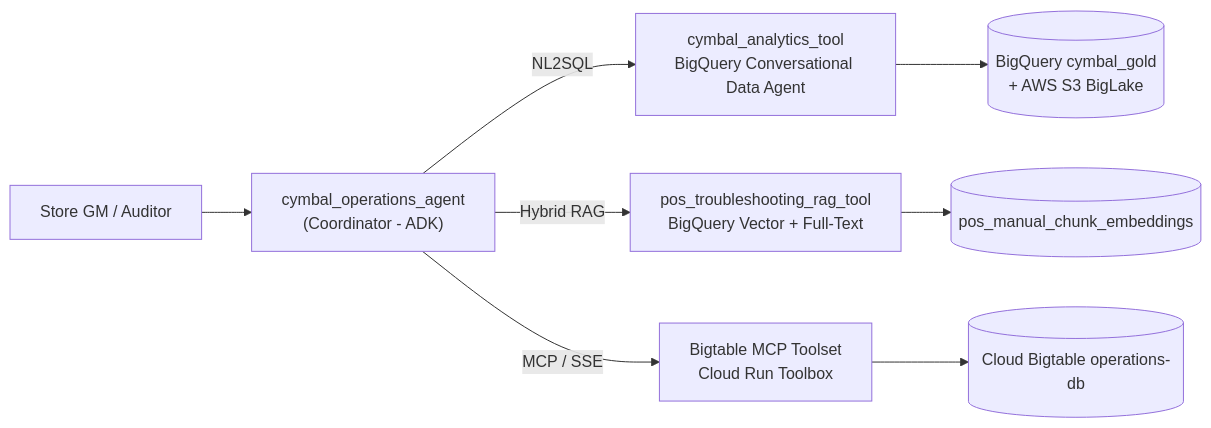
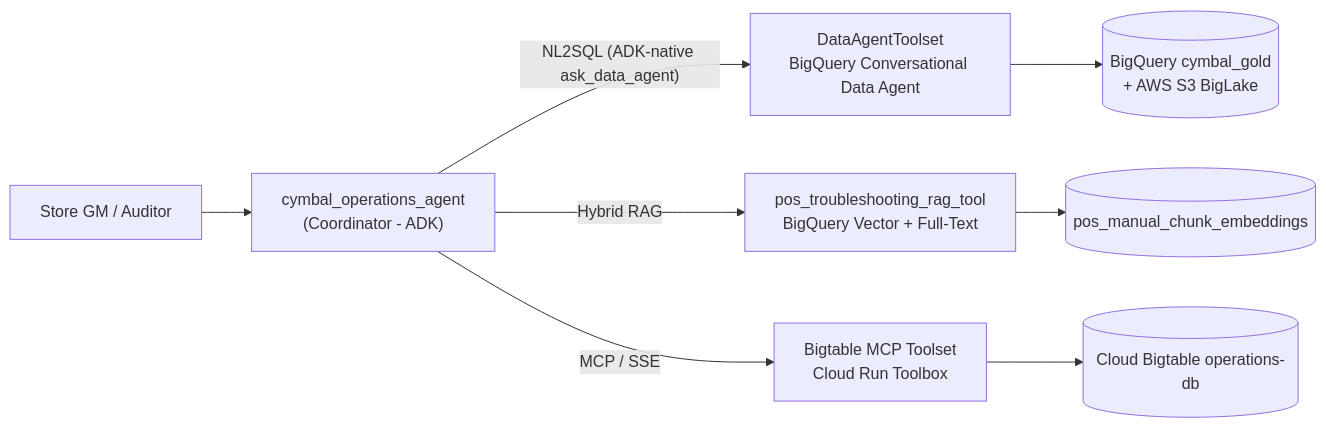
Before and after one commit to codeat/elevate-da-adv-day3-labs-agent: the diagram in README.md, drawn with Mermaid. The commit also changed other lines of this file and 17 other files, not shown here.

````diff
--- a/README.md
+++ b/README.md
@@ -7,10 +7,10 @@
 ```mermaid
 flowchart LR
     U["Store GM / Auditor"] --> C["cymbal_operations_agent<br/>(Coordinator - ADK)"]
-    C -->|NL2SQL| A["cymbal_analytics_tool<br/>BigQuery Conversational Data Agent"]
+    C -->|"NL2SQL (ADK-native ask_data_agent)"| A["DataAgentToolset<br/>BigQuery Conversational Data Agent"]
     C -->|Hybrid RAG| R["pos_troubleshooting_rag_tool<br/>BigQuery Vector + Full-Text"]
     C -->|MCP / SSE| M["Bigtable MCP Toolset<br/>Cloud Run Toolbox"]
     A --> BQ[("BigQuery cymbal_gold<br/>+ AWS S3 BigLake")]
     R --> EMB[("pos_manual_chunk_embeddings")]
     M --> BT[("Cloud Bigtable operations-db")]
 ```
````
